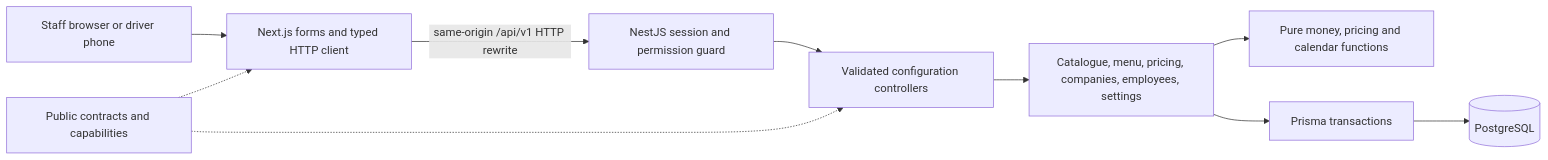
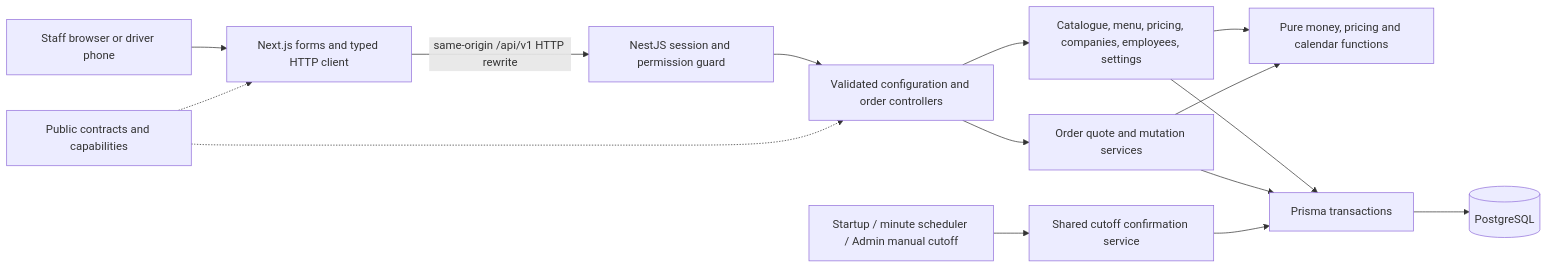
One commit to dishitabuilds/fernleaf-kitchen changed the first of 6 diagrams in docs/architecture.md. Above: the diagram before and after it, drawn with Mermaid. The commit also changed other lines of this file and 55 other files, not shown here.

Commit message:
feat(phase-2): complete orders and cutoff processing

````diff
--- a/docs/architecture.md
+++ b/docs/architecture.md
@@ -5,12 +7,17 @@
 ```mermaid
 flowchart LR
     Staff[Staff browser or driver phone] --> Web[Next.js forms and typed HTTP client]
     Web -->|same-origin /api/v1 HTTP rewrite| Guard[NestJS session and permission guard]
-    Guard --> Controllers[Validated configuration controllers]
+    Guard --> Controllers[Validated configuration and order controllers]
     Controllers --> Services[Catalogue, menu, pricing, companies, employees, settings]
+    Controllers --> Orders[Order quote and mutation services]
     Services --> Rules[Pure money, pricing and calendar functions]
+    Orders --> Rules
     Services --> Tx[Prisma transactions]
+    Orders --> Tx
+    Trigger[Startup / minute scheduler / Admin manual cutoff] --> Cutoff[Shared cutoff confirmation service]
+    Cutoff --> Tx
     Tx --> DB[(PostgreSQL)]
     Contracts[Public contracts and capabilities] -.-> Web
     Contracts -.-> Controllers
 ```
````
